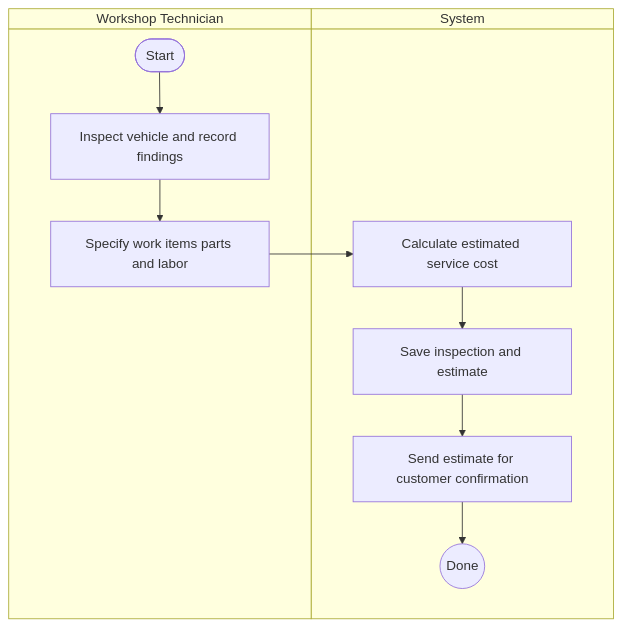
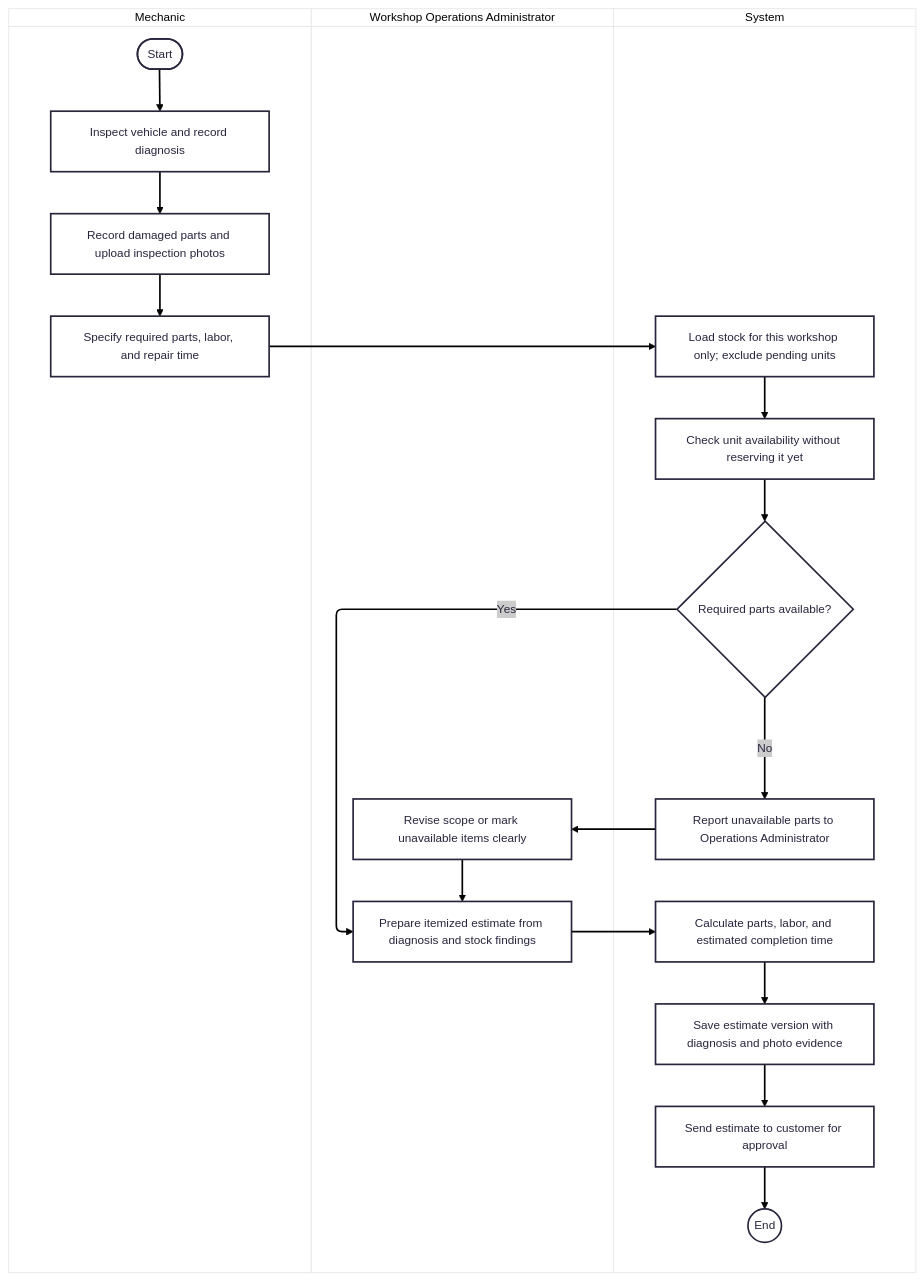
Before and after one commit to Service-Ride-Project/dokumen: the diagram in skpl/Activity Diagram/20-vehicle-inspection-and-cost-estimation.mmd, drawn with Mermaid. The commit also changed 37 other files, not shown here.

```diff
--- a/skpl/Activity Diagram/20-vehicle-inspection-and-cost-estimation.mmd
+++ b/skpl/Activity Diagram/20-vehicle-inspection-and-cost-estimation.mmd
@@ -1,15 +1,29 @@
+%%{init: {"theme": "redux-color"}}%%
 swimlane-beta TB
-  subgraph WorkshopTechnician["Workshop Technician"]
+  subgraph Mechanic["Mechanic"]
     start([Start])
-    inspect[Inspect vehicle and record findings]
-    parts[Specify work items parts and labor]
+    inspect[Inspect vehicle and record diagnosis]
+    evidence[Record damaged parts and upload inspection photos]
+    specify[Specify required parts, labor, and repair time]
+  end
+
+  subgraph WorkshopOperations["Workshop Operations Administrator"]
+    prepare[Prepare itemized estimate from diagnosis and stock findings]
+    revise[Revise scope or mark unavailable items clearly]
   end
 
   subgraph System["System"]
-    calculate[Calculate estimated service cost]
-    generate[Save inspection and estimate]
-    notify[Send estimate for customer confirmation]
-    done((Done))
+    scope[Load stock for this workshop only; exclude pending units]
+    check[Check unit availability without reserving it yet]
+    available{Required parts available?}
+    shortage[Report unavailable parts to Operations Administrator]
+    calculate[Calculate parts, labor, and estimated completion time]
+    save[Save estimate version with diagnosis and photo evidence]
+    notify[Send estimate to customer for approval]
+    finish((End))
   end
 
-  start --> inspect --> parts --> calculate --> generate --> notify --> done
+  start --> inspect --> evidence --> specify --> scope --> check --> available
+  available -->|Yes| prepare
+  available -->|No| shortage --> revise --> prepare
+  prepare --> calculate --> save --> notify --> finish
```
